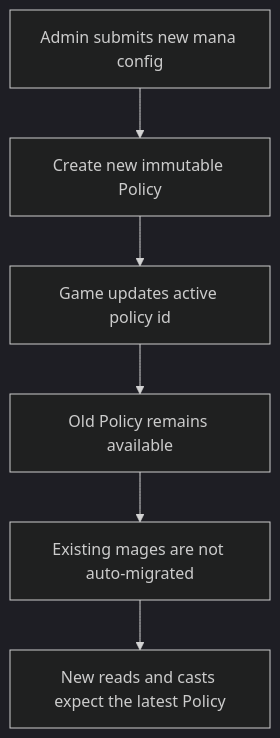
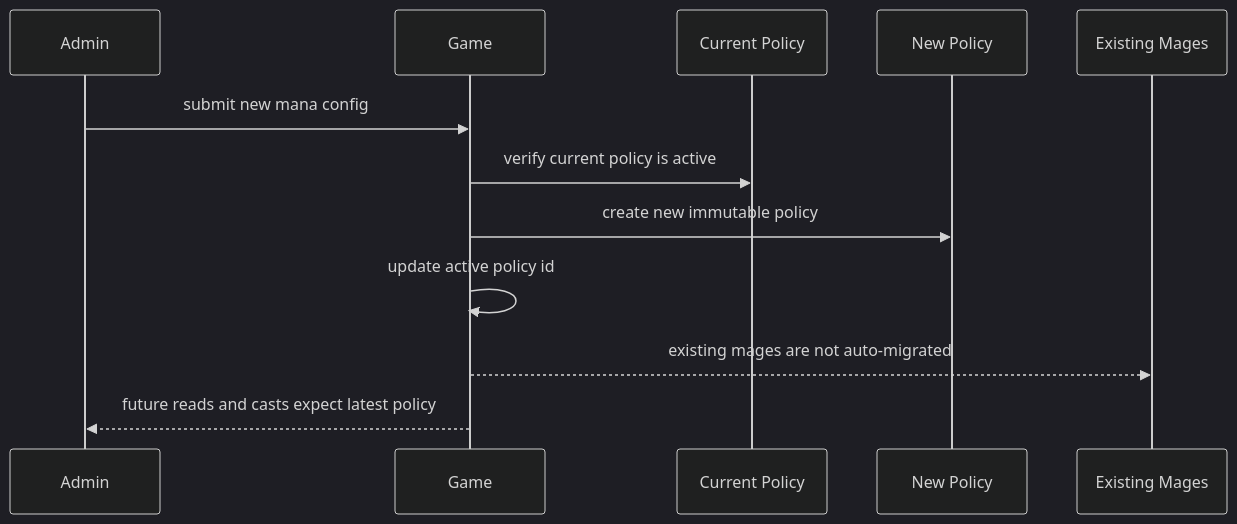
One commit to 0xNeshi/rate-limiter-proposal changed the sixth of 7 diagrams in token_bucket/README.md. Above: the diagram before and after it, drawn with Mermaid (dark theme). The commit also changed other lines of this file, not shown here.

Commit message:
update flowcharts

````diff
--- a/token_bucket/README.md
+++ b/token_bucket/README.md
@@ -151,8 +170,15 @@
 ```mermaid
-flowchart TD
-    A[Admin submits new mana config] --> B[Create new immutable Policy]
-    B --> C[Game updates active policy id]
-    C --> D[Old Policy remains available]
-    D --> E[Existing mages are not auto-migrated]
-    E --> F[New reads and casts expect the latest Policy]
+sequenceDiagram
+    participant Admin
+    participant Game
+    participant CurrentPolicy as Current Policy
+    participant NewPolicy as New Policy
+    participant Mages as Existing Mages
+
+    Admin->>Game: submit new mana config
+    Game->>CurrentPolicy: verify current policy is active
+    Game->>NewPolicy: create new immutable policy
+    Game->>Game: update active policy id
+    Game-->>Mages: existing mages are not auto-migrated
+    Game-->>Admin: future reads and casts expect latest policy
 ```
````
